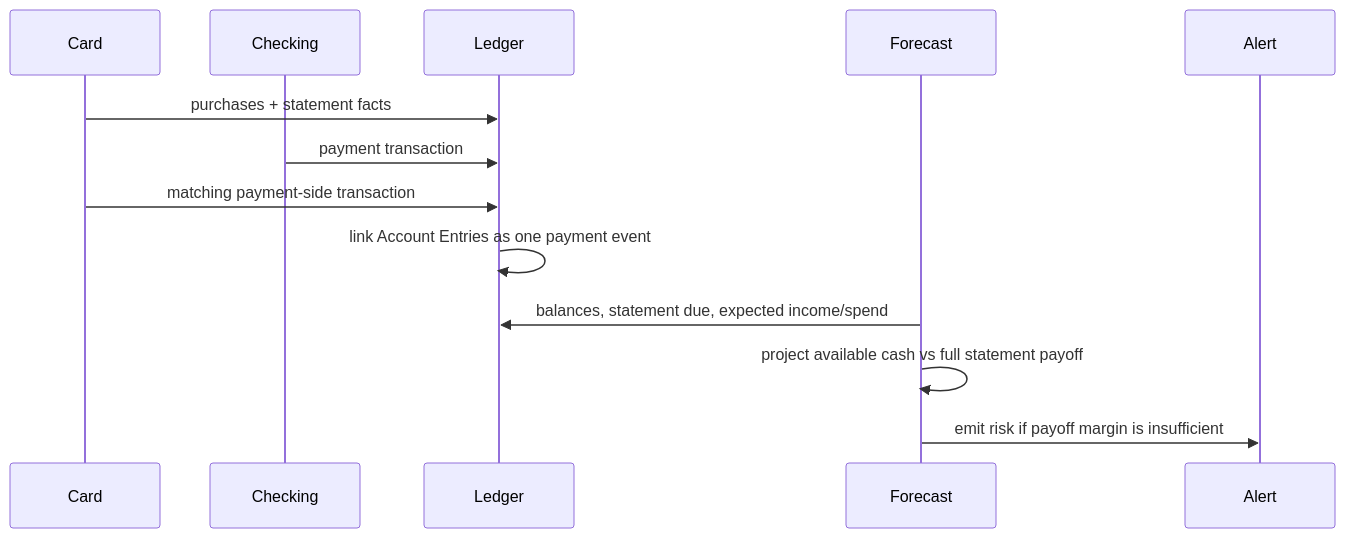
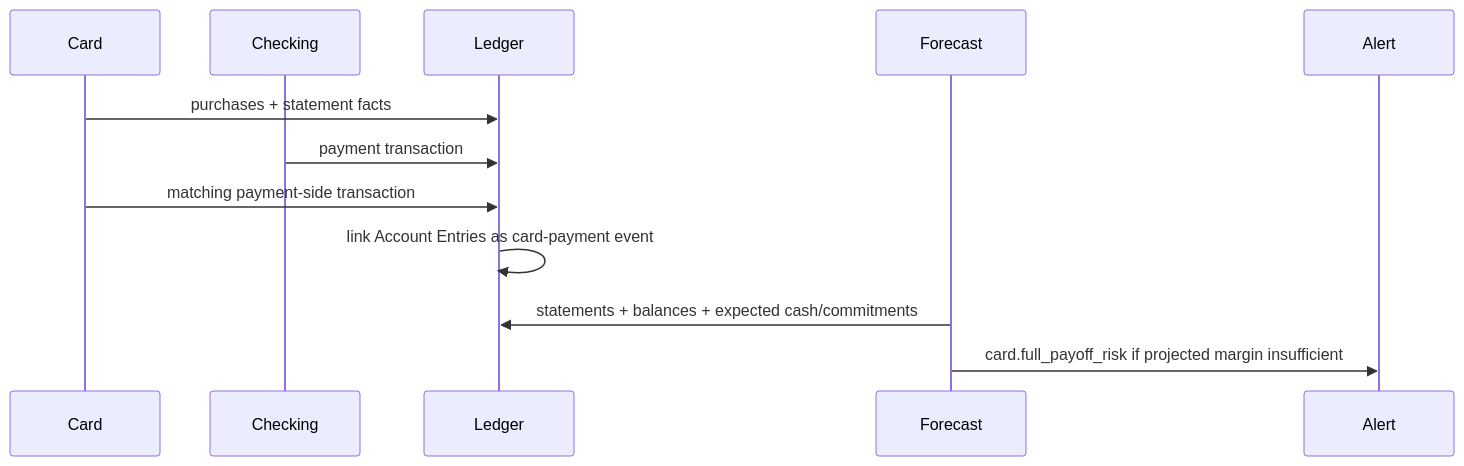
Before and after one commit to blac9216/Pryvance: the seventh of 9 diagrams in docs/explanation/architecture.md, drawn with Mermaid. The commit also changed other lines of this file and 6 other files, not shown here.

````diff
--- a/docs/explanation/architecture.md
+++ b/docs/explanation/architecture.md
@@ -274,16 +248,15 @@
 ```mermaid
 sequenceDiagram
     participant Card
     participant Checking
     participant Ledger
     participant Forecast
     participant Alert
 
     Card->>Ledger: purchases + statement facts
     Checking->>Ledger: payment transaction
     Card->>Ledger: matching payment-side transaction
-    Ledger->>Ledger: link Account Entries as one payment event
-    Forecast->>Ledger: balances, statement due, expected income/spend
-    Forecast->>Forecast: project available cash vs full statement payoff
-    Forecast->>Alert: emit risk if payoff margin is insufficient
+    Ledger->>Ledger: link Account Entries as card-payment event
+    Forecast->>Ledger: statements + balances + expected cash/commitments
+    Forecast->>Alert: card.full_payoff_risk if projected margin insufficient
 ```
````
